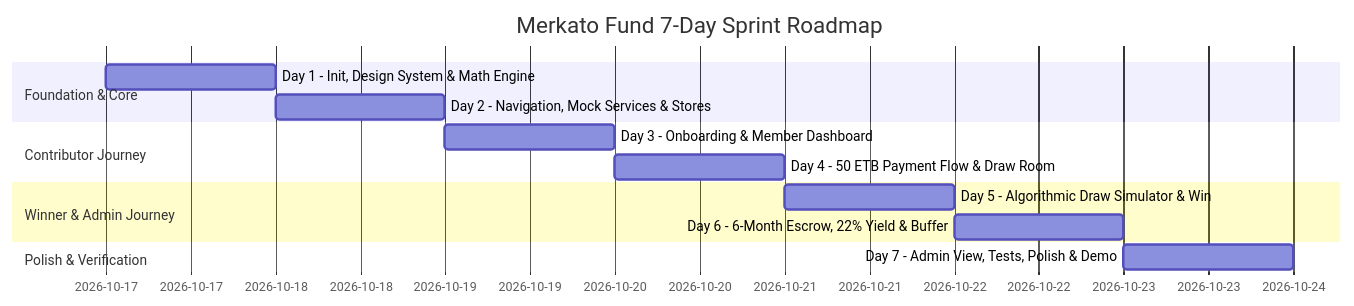
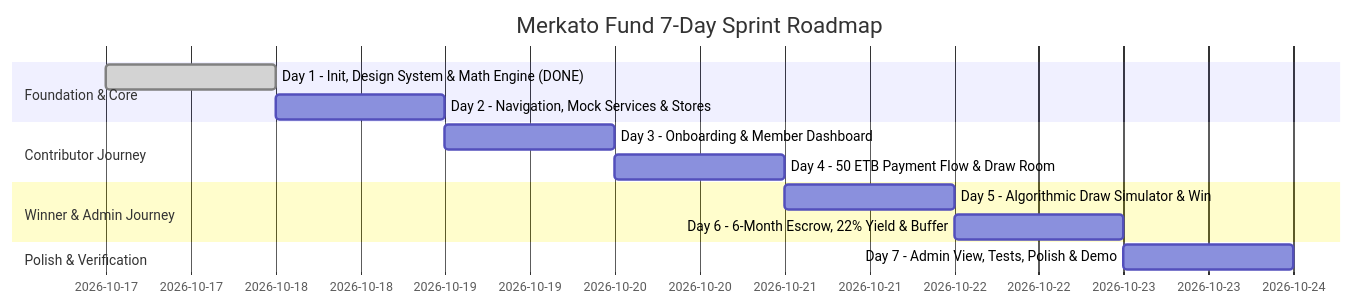
The diagram in docs/implementation-plan.md (mihretu-dev/Merkato-Fund-App), drawn with Mermaid before and after one commit. The commit also changed other lines of this file and 18 other files, not shown here.

Commit message:
feat(day-1): complete day 1 foundation and verified domain engine

````diff
--- a/docs/implementation-plan.md
+++ b/docs/implementation-plan.md
@@ -23,16 +23,16 @@
 ```mermaid
 gantt
     title Merkato Fund 7-Day Sprint Roadmap
     dateFormat  YYYY-MM-DD
     section Foundation & Core
-    Day 1 - Init, Design System & Math Engine :d1, 2026-10-17, 1d
+    Day 1 - Init, Design System & Math Engine (DONE) :done, d1, 2026-10-17, 1d
     Day 2 - Navigation, Mock Services & Stores :d2, 2026-10-18, 1d
     section Contributor Journey
     Day 3 - Onboarding & Member Dashboard      :d3, 2026-10-19, 1d
     Day 4 - 50 ETB Payment Flow & Draw Room    :d4, 2026-10-20, 1d
     section Winner & Admin Journey
     Day 5 - Algorithmic Draw Simulator & Win   :d5, 2026-10-21, 1d
     Day 6 - 6-Month Escrow, 22% Yield & Buffer :d6, 2026-10-22, 1d
     section Polish & Verification
     Day 7 - Admin View, Tests, Polish & Demo   :d7, 2026-10-23, 1d
 ```
````
